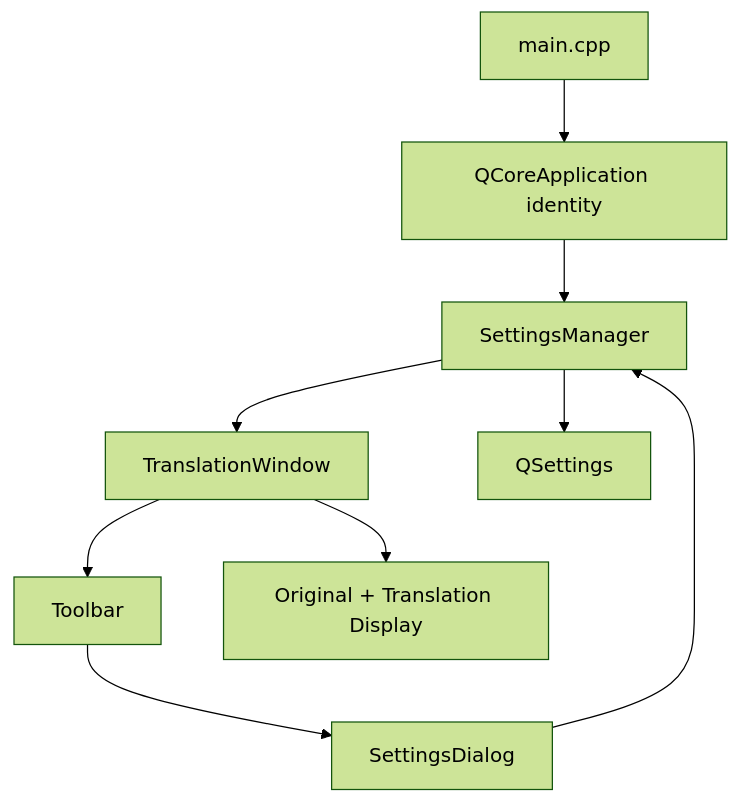
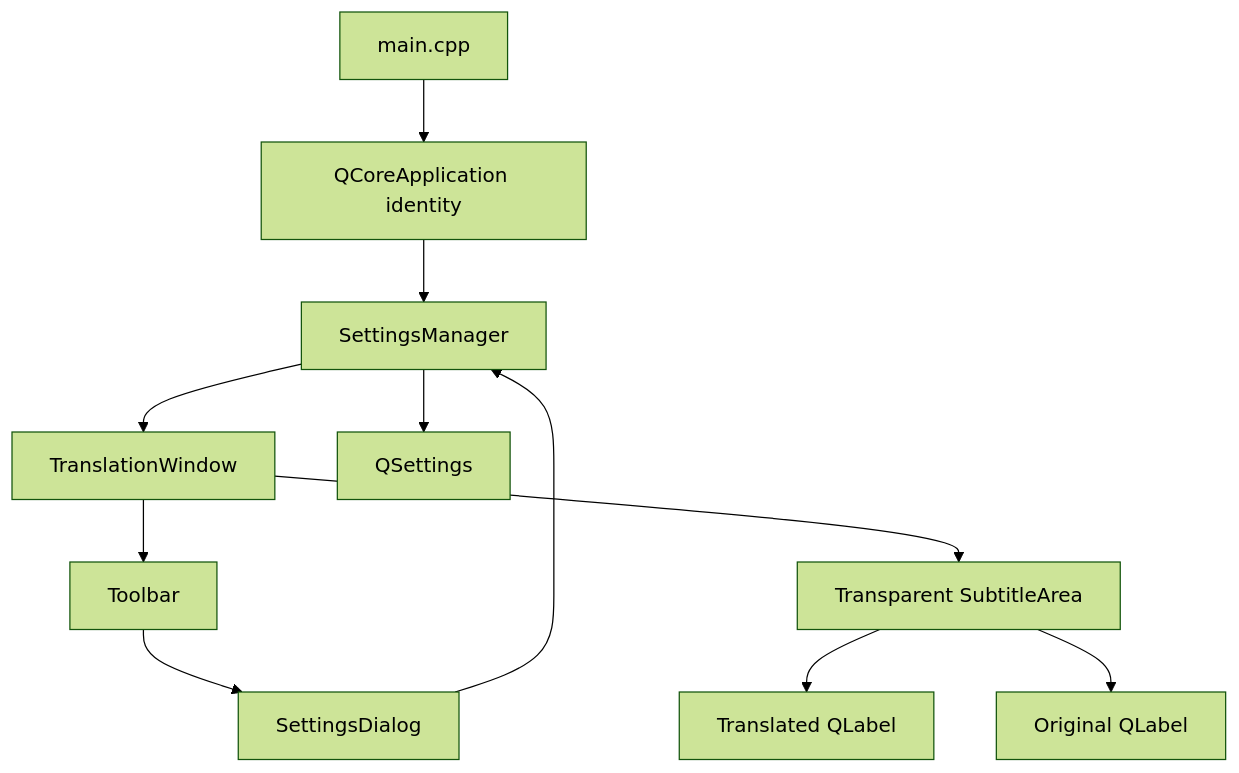
One commit to dada561431/Translator changed the third of 4 diagrams in docs/architecture.md. Above: the diagram before and after it, drawn with Mermaid (forest theme). The commit also changed other lines of this file and 4 other files, not shown here.

Commit message:
Refine floating window into subtitle overlay

````diff
--- a/docs/architecture.md
+++ b/docs/architecture.md
@@ -117,11 +117,13 @@
 ```mermaid
 flowchart TD
     Main[main.cpp] --> Identity[QCoreApplication identity]
     Identity --> Settings[SettingsManager]
     Settings --> Window[TranslationWindow]
     Window --> Toolbar[Toolbar]
-    Window --> Display[Original + Translation Display]
+    Window --> Display[Transparent SubtitleArea]
+    Display --> Translation[Translated QLabel]
+    Display --> Original[Original QLabel]
     Toolbar --> Dialog[SettingsDialog]
     Dialog --> Settings
     Settings --> Store[QSettings]
 ```
````
